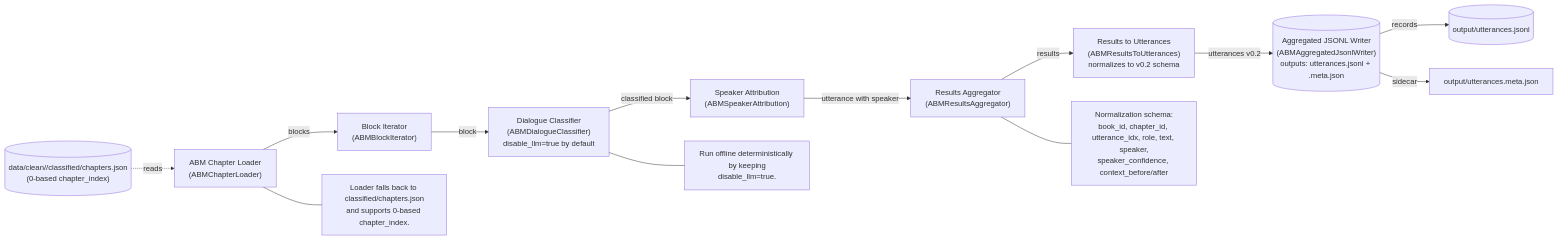
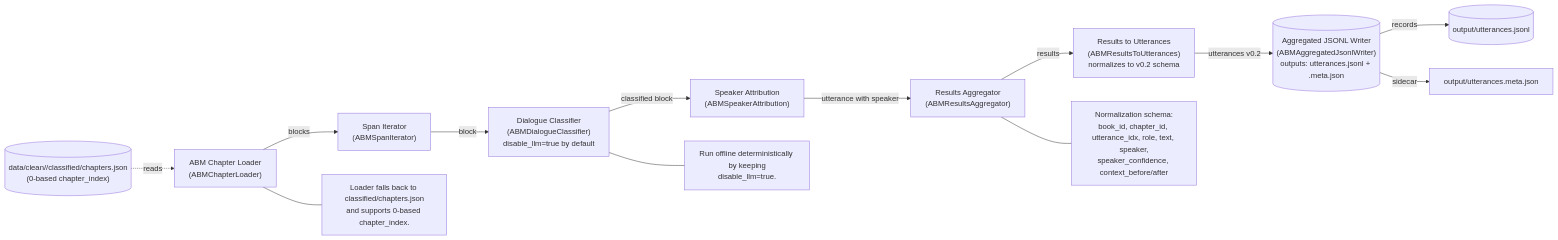
Before and after one commit to jwardwell7077/agent-audiobook-maker: the diagram in docs/diagrams/langflow-two-agent-pipeline.mmd, drawn with Mermaid. The commit also changed 33 other files, not shown here.

Commit message:
spans-first upstream: add validator/resolver/classifier/attribution/iterator/casting/style-planner components + orchestrator; update docs + example flow; replace legacy tests with spans-first smoke + unit tests; skip legacy two-agent tests; minor LangFlow wiring notes

```diff
--- a/docs/diagrams/langflow-two-agent-pipeline.mmd
+++ b/docs/diagrams/langflow-two-agent-pipeline.mmd
@@ -1,35 +1,35 @@
 flowchart LR
   %% Audio Book Maker - Two-Agent LangFlow Pipeline
   %% Nodes
   A["ABM Chapter Loader\n(ABMChapterLoader)"]
-  B["Block Iterator\n(ABMBlockIterator)"]
+  B["Span Iterator\n(ABMSpanIterator)"]
   C["Dialogue Classifier\n(ABMDialogueClassifier)\ndisable_llm=true by default"]
   D["Speaker Attribution\n(ABMSpeakerAttribution)"]
   E["Results Aggregator\n(ABMResultsAggregator)"]
   F["Results to Utterances\n(ABMResultsToUtterances)\nnormalizes to v0.2 schema"]
   G[("Aggregated JSONL Writer\n(ABMAggregatedJsonlWriter)\noutputs: utterances.jsonl + .meta.json")]
 
   %% Data Artifacts
   DA[("data/clean/<book>/classified/chapters.json\n(0-based chapter_index)")]
   DB[("output/utterances.jsonl")]
   DM["output/utterances.meta.json"]
 
   %% Flow
   DA -. reads .-> A
   A -->|blocks| B
   B -->|block| C
     C -->|classified block| D
   D -->|utterance with speaker| E
   E -->|results| F
   F -->|utterances v0.2| G
   G -->|records| DB
   G -->|sidecar| DM
 
   %% Notes
   N1["Run offline deterministically by keeping\ndisable_llm=true."]
   N3["Loader falls back to classified/chapters.json\nand supports 0-based chapter_index."]
   N4["Normalization schema:\nbook_id, chapter_id, utterance_idx, role, text, speaker,\nspeaker_confidence, context_before/after"]
 
   C --- N1
   A --- N3
   E --- N4
```
